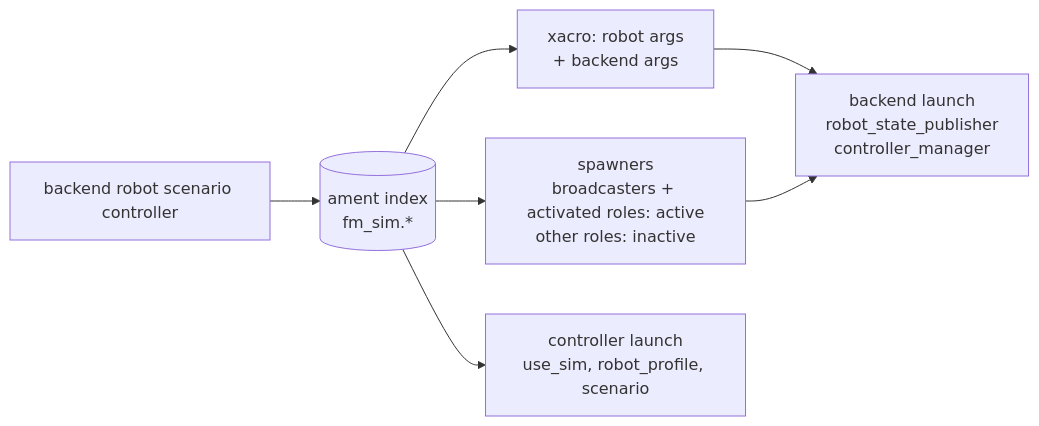
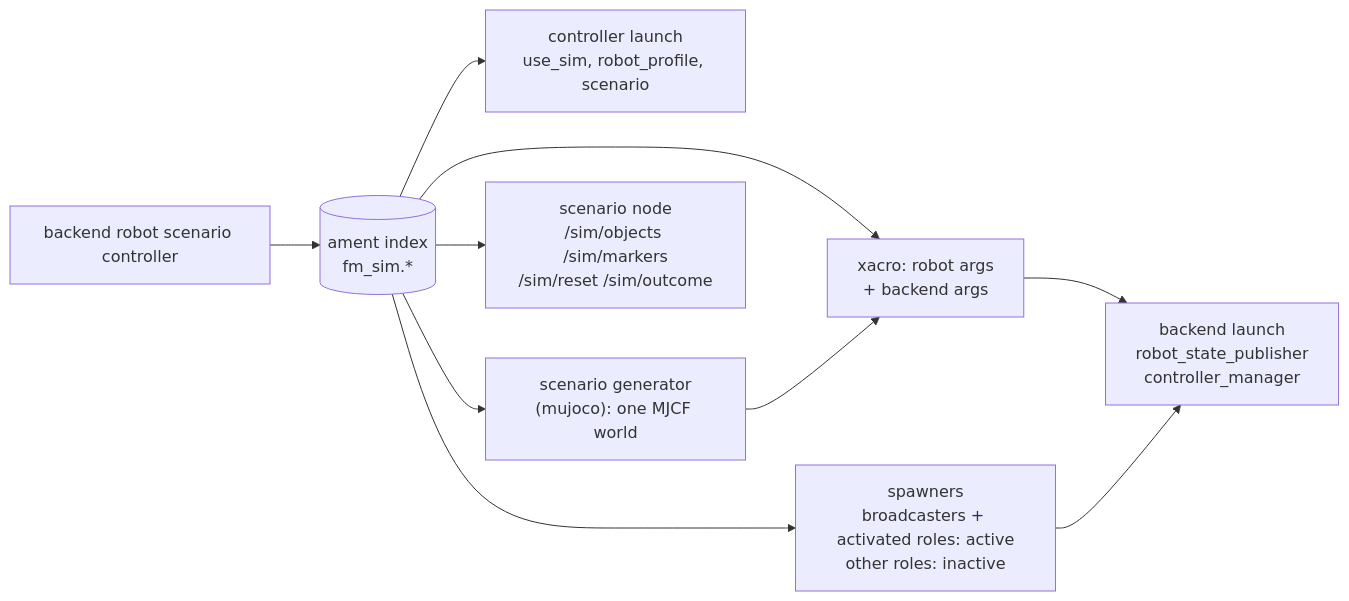
Before and after one commit to first-motive/fm-sim: the first of 2 diagrams in fm_sim_bringup/README.md, drawn with Mermaid. The commit also changed other lines of this file and 49 other files, not shown here.

Commit message:
feat: add neutral scenarios with mujoco generator

````diff
--- a/fm_sim_bringup/README.md
+++ b/fm_sim_bringup/README.md
@@ -29,9 +32,12 @@
 ```mermaid
 flowchart LR
     args["backend robot scenario controller"] --> idx[(ament index<br/>fm_sim.*)]
     idx --> desc["xacro: robot args<br/>+ backend args"]
     desc --> be["backend launch<br/>robot_state_publisher<br/>controller_manager"]
     idx --> sp["spawners<br/>broadcasters + activated roles: active<br/>other roles: inactive"]
     sp --> be
     idx --> ctl["controller launch<br/>use_sim, robot_profile, scenario"]
+    idx --> gen["scenario generator<br/>(mujoco): one MJCF world"]
+    gen --> desc
+    idx --> sn["scenario node<br/>/sim/objects /sim/markers<br/>/sim/reset /sim/outcome"]
 ```
````
